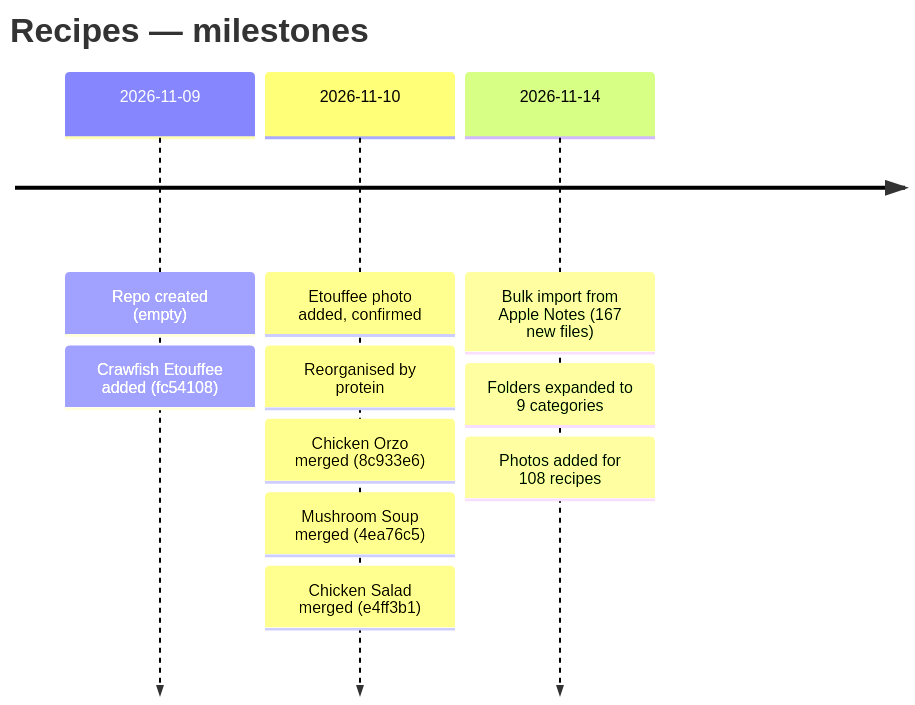
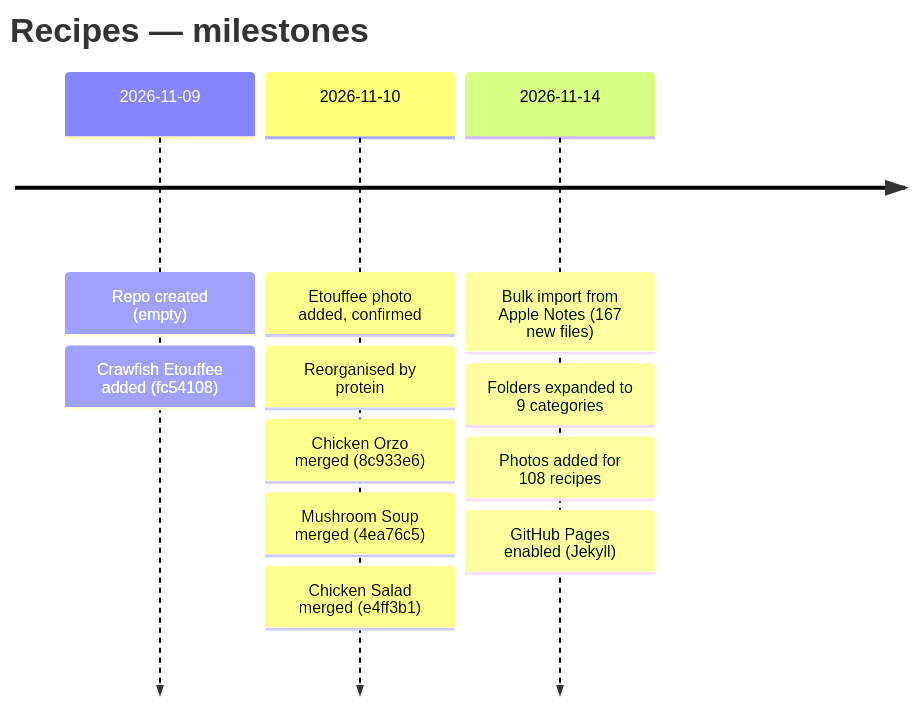
Before and after one commit to chknfrdstk/Recipes: the first of 2 diagrams in README.md, drawn with Mermaid. The commit also changed other lines of this file and 1 other file, not shown here.

Commit message:
Add GitHub Pages config, update changelog

````diff
--- a/README.md
+++ b/README.md
@@ -34,14 +39,15 @@
 ```mermaid
 timeline
     title Recipes — milestones
     2026-11-09 : Repo created (empty)
                : Crawfish Etouffee added (fc54108)
     2026-11-10 : Etouffee photo added, confirmed
                : Reorganised by protein
                : Chicken Orzo merged (8c933e6)
                : Mushroom Soup merged (4ea76c5)
                : Chicken Salad merged (e4ff3b1)
     2026-11-14 : Bulk import from Apple Notes (167 new files)
                : Folders expanded to 9 categories
                : Photos added for 108 recipes
+               : GitHub Pages enabled (Jekyll)
 ```
````
